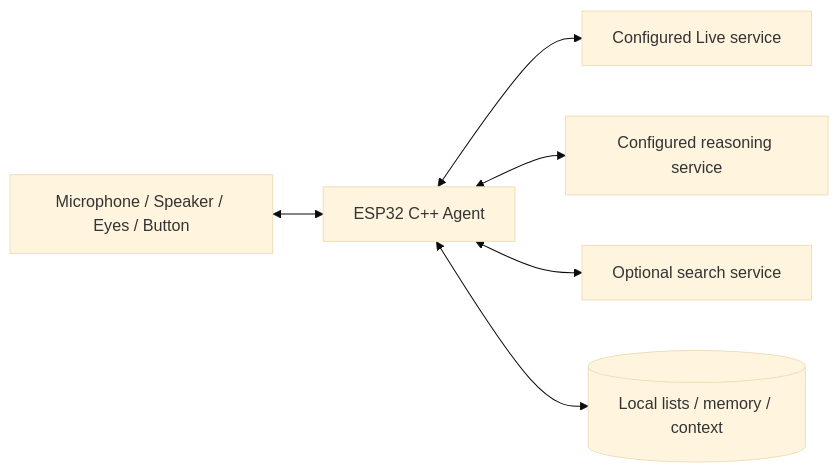
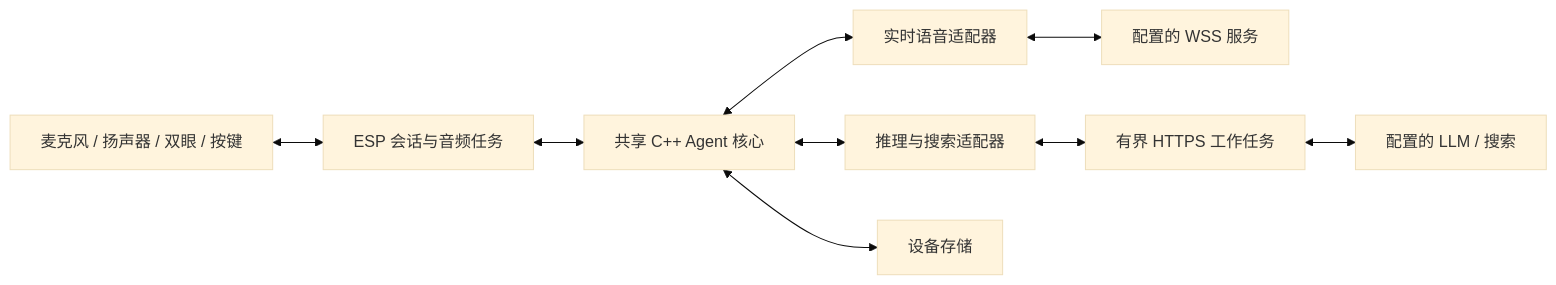
The diagram in docs/architecture.zh-CN.md (skiyo/pikoo), drawn with Mermaid (base theme) before and after one commit. The commit also changed other lines of this file and 53 other files, not shown here.

````diff
--- a/docs/architecture.zh-CN.md
+++ b/docs/architecture.zh-CN.md
@@ -5,8 +7,11 @@
 ```mermaid
 flowchart LR
-    Hardware[Microphone / Speaker / Eyes / Button] <--> Agent[ESP32 C++ Agent]
-    Agent <--> Live[Configured Live service]
-    Agent <--> LLM[Configured reasoning service]
-    Agent <--> Search[Optional search service]
-    Agent <--> Store[(Local lists / memory / context)]
+    HW[麦克风 / 扬声器 / 双眼 / 按键] <--> Session[ESP 会话与音频任务]
+    Session <--> Core[共享 C++ Agent 核心]
+    Core <--> Live[实时语音适配器]
+    Core <--> Backend[推理与搜索适配器]
+    Live <--> Voice[配置的 WSS 服务]
+    Backend <--> Worker[有界 HTTPS 工作任务]
+    Worker <--> Services[配置的 LLM / 搜索]
+    Core <--> Store[设备存储]
 ```
````
